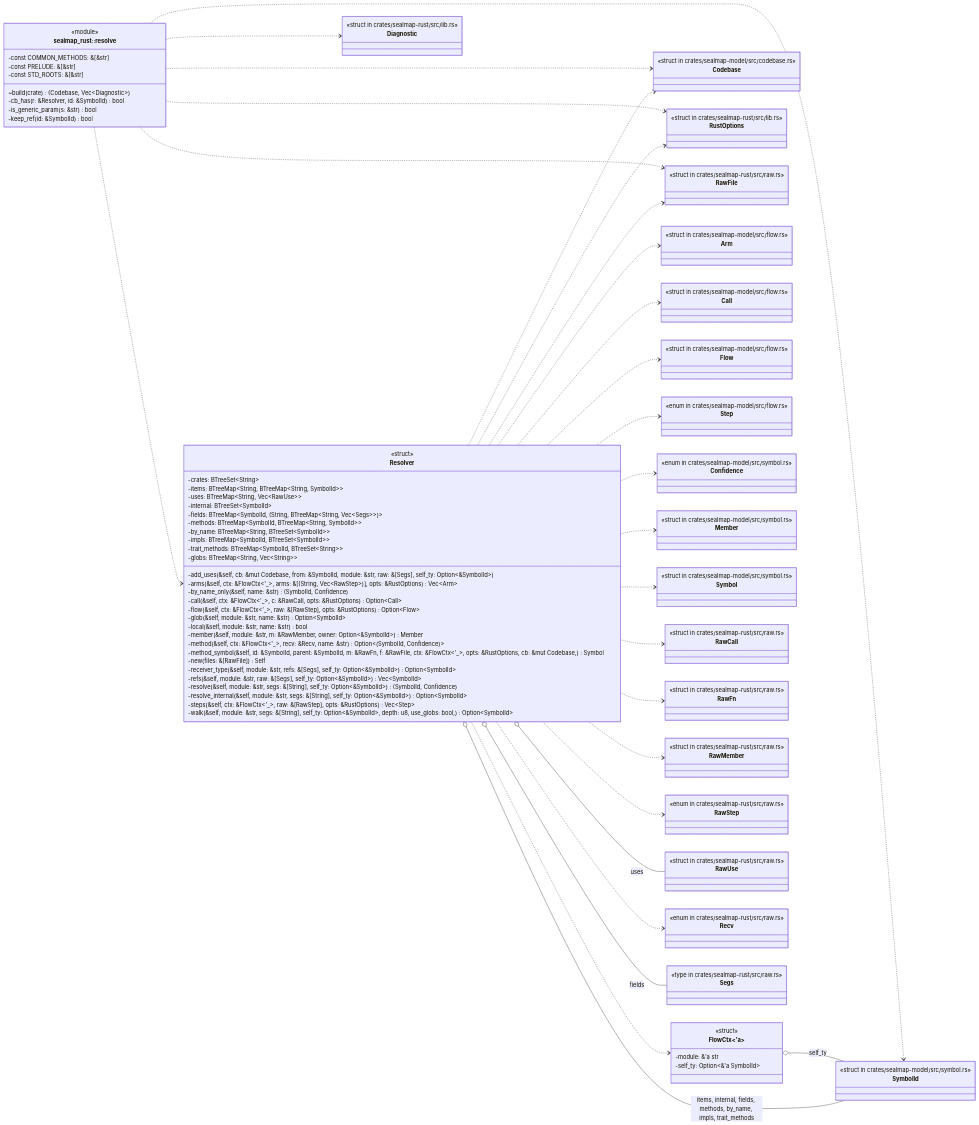
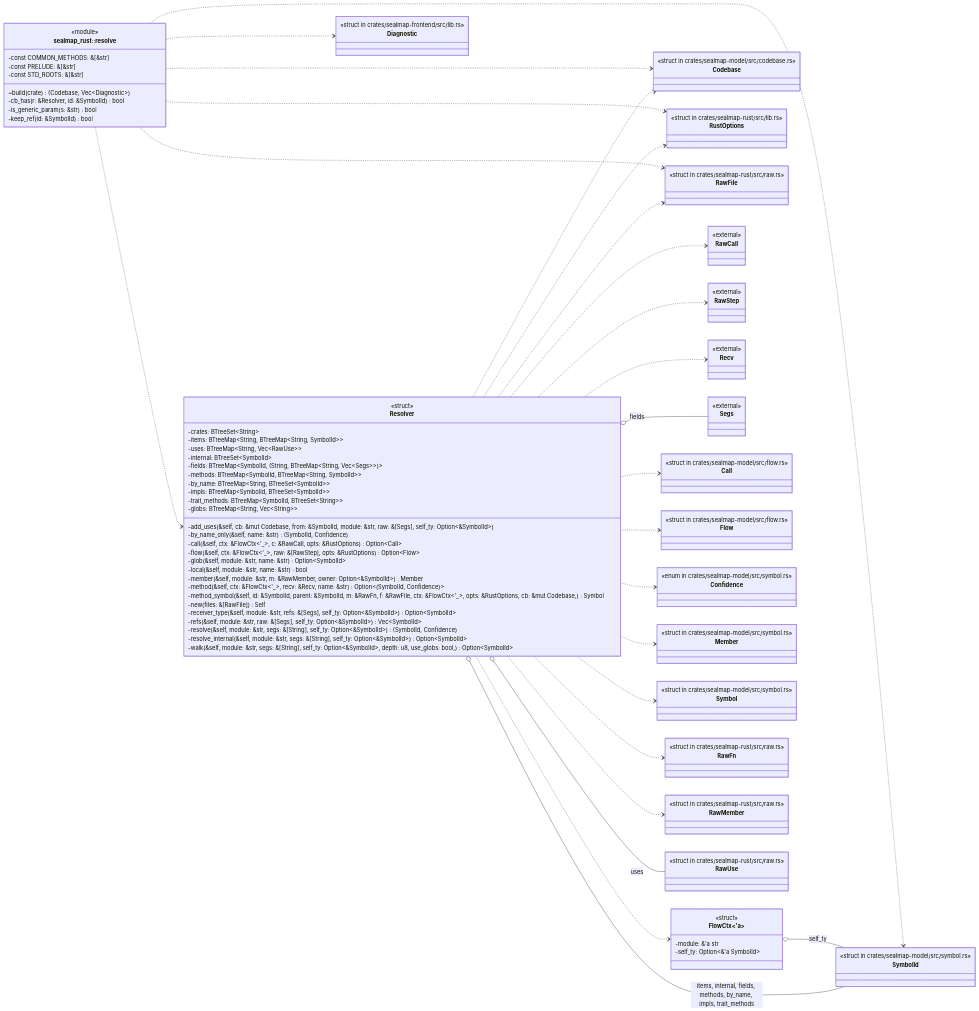
Before and after one commit to DreamLab-AI/codemaid: the first of 16 diagrams in docs/sealmap/crates/sealmap-rust/src/resolve.rs.md, drawn with Mermaid. The commit also changed other lines of this file and 37 other files, not shown here.

First line of the commit message:
frontend: extract sealmap-frontend from sealmap-rust

````diff
--- a/docs/sealmap/crates/sealmap-rust/src/resolve.rs.md
+++ b/docs/sealmap/crates/sealmap-rust/src/resolve.rs.md
@@ -32,7 +32,6 @@
     -trait_methods: BTreeMap#lt;SymbolId, BTreeSet#lt;String#gt;#gt;
     -globs: BTreeMap#lt;String, Vec#lt;String#gt;#gt;
     -add_uses(&self, cb: &mut Codebase, from: &SymbolId, module: &str, raw: &[Segs], self_ty: Option#lt;&SymbolId#gt;)
-    -arms(&self, ctx: &FlowCtx#lt;'_#gt;, arms: &[#40;String, Vec#lt;RawStep#gt;#41;], opts: &RustOptions) Vec#lt;Arm#gt;
     -by_name_only(&self, name: &str) #40;SymbolId, Confidence#41;
     -call(&self, ctx: &FlowCtx#lt;'_#gt;, c: &RawCall, opts: &RustOptions) Option#lt;Call#gt;
     -flow(&self, ctx: &FlowCtx#lt;'_#gt;, raw: &[RawStep], opts: &RustOptions) Option#lt;Flow#gt;
@@ -46,7 +45,6 @@
     -refs(&self, module: &str, raw: &[Segs], self_ty: Option#lt;&SymbolId#gt;) Vec#lt;SymbolId#gt;
     -resolve(&self, module: &str, segs: &[String], self_ty: Option#lt;&SymbolId#gt;) #40;SymbolId, Confidence#41;
     -resolve_internal(&self, module: &str, segs: &[String], self_ty: Option#lt;&SymbolId#gt;) Option#lt;SymbolId#gt;
-    -steps(&self, ctx: &FlowCtx#lt;'_#gt;, raw: &[RawStep], opts: &RustOptions) Vec#lt;Step#gt;
     -walk(&self, module: &str, segs: &[String], self_ty: Option#lt;&SymbolId#gt;, depth: u8, use_globs: bool,) Option#lt;SymbolId#gt;
   }
   class sealmap_rust__resolve["sealmap_rust::resolve"] {
@@ -59,14 +57,14 @@
     -is_generic_param(s: &str) bool
     -keep_ref(id: &SymbolId) bool
   }
+  class sealmap_frontend__Diagnostic["Diagnostic"] {
+    <<struct in crates/sealmap-frontend/src/lib.rs>>
+  }
   class sealmap_model__codebase__Codebase["Codebase"] {
     <<struct in crates/sealmap-model/src/codebase.rs>>
   }
   class sealmap_model__symbol__SymbolId["SymbolId"] {
     <<struct in crates/sealmap-model/src/symbol.rs>>
-  }
-  class sealmap_rust__Diagnostic["Diagnostic"] {
-    <<struct in crates/sealmap-rust/src/lib.rs>>
   }
   class sealmap_rust__RustOptions["RustOptions"] {
     <<struct in crates/sealmap-rust/src/lib.rs>>
@@ -74,17 +72,23 @@
   class sealmap_rust__raw__RawFile["RawFile"] {
     <<struct in crates/sealmap-rust/src/raw.rs>>
   }
-  class sealmap_model__flow__Arm["Arm"] {
-    <<struct in crates/sealmap-model/src/flow.rs>>
+  class RawCall {
+    <<external>>
+  }
+  class RawStep {
+    <<external>>
+  }
+  class Recv {
+    <<external>>
+  }
+  class Segs {
+    <<external>>
   }
   class sealmap_model__flow__Call["Call"] {
     <<struct in crates/sealmap-model/src/flow.rs>>
   }
   class sealmap_model__flow__Flow["Flow"] {
     <<struct in crates/sealmap-model/src/flow.rs>>
-  }
-  class sealmap_model__flow__Step["Step"] {
-    <<enum in crates/sealmap-model/src/flow.rs>>
   }
   class sealmap_model__symbol__Confidence["Confidence"] {
     <<enum in crates/sealmap-model/src/symbol.rs>>
@@ -95,51 +99,37 @@
   class sealmap_model__symbol__Symbol["Symbol"] {
     <<struct in crates/sealmap-model/src/symbol.rs>>
   }
-  class sealmap_rust__raw__RawCall["RawCall"] {
-    <<struct in crates/sealmap-rust/src/raw.rs>>
-  }
   class sealmap_rust__raw__RawFn["RawFn"] {
     <<struct in crates/sealmap-rust/src/raw.rs>>
   }
   class sealmap_rust__raw__RawMember["RawMember"] {
     <<struct in crates/sealmap-rust/src/raw.rs>>
   }
-  class sealmap_rust__raw__RawStep["RawStep"] {
-    <<enum in crates/sealmap-rust/src/raw.rs>>
-  }
   class sealmap_rust__raw__RawUse["RawUse"] {
     <<struct in crates/sealmap-rust/src/raw.rs>>
   }
-  class sealmap_rust__raw__Recv["Recv"] {
-    <<enum in crates/sealmap-rust/src/raw.rs>>
-  }
-  class sealmap_rust__raw__Segs["Segs"] {
-    <<type in crates/sealmap-rust/src/raw.rs>>
-  }
+  sealmap_rust__resolve ..> sealmap_frontend__Diagnostic
   sealmap_rust__resolve ..> sealmap_model__codebase__Codebase
   sealmap_rust__resolve ..> sealmap_model__symbol__SymbolId
-  sealmap_rust__resolve ..> sealmap_rust__Diagnostic
   sealmap_rust__resolve ..> sealmap_rust__RustOptions
   sealmap_rust__resolve ..> sealmap_rust__raw__RawFile
   sealmap_rust__resolve ..> sealmap_rust__resolve__Resolver
   sealmap_rust__resolve__FlowCtx o-- sealmap_model__symbol__SymbolId : self_ty
+  sealmap_rust__resolve__Resolver ..> RawCall
+  sealmap_rust__resolve__Resolver ..> RawStep
+  sealmap_rust__resolve__Resolver ..> Recv
+  sealmap_rust__resolve__Resolver o-- Segs : fields
   sealmap_rust__resolve__Resolver ..> sealmap_model__codebase__Codebase
-  sealmap_rust__resolve__Resolver ..> sealmap_model__flow__Arm
   sealmap_rust__resolve__Resolver ..> sealmap_model__flow__Call
   sealmap_rust__resolve__Resolver ..> sealmap_model__flow__Flow
-  sealmap_rust__resolve__Resolver ..> sealmap_model__flow__Step
   sealmap_rust__resolve__Resolver ..> sealmap_model__symbol__Confidence
   sealmap_rust__resolve__Resolver ..> sealmap_model__symbol__Member
   sealmap_rust__resolve__Resolver ..> sealmap_model__symbol__Symbol
   sealmap_rust__resolve__Resolver o-- sealmap_model__symbol__SymbolId : items, internal, fields, methods, by_name, impls, trait_methods
   sealmap_rust__resolve__Resolver ..> sealmap_rust__RustOptions
-  sealmap_rust__resolve__Resolver ..> sealmap_rust__raw__RawCall
   sealmap_rust__resolve__Resolver ..> sealmap_rust__raw__RawFile
   sealmap_rust__resolve__Resolver ..> sealmap_rust__raw__RawFn
   sealmap_rust__resolve__Resolver ..> sealmap_rust__raw__RawMember
-  sealmap_rust__resolve__Resolver ..> sealmap_rust__raw__RawStep
   sealmap_rust__resolve__Resolver o-- sealmap_rust__raw__RawUse : uses
-  sealmap_rust__resolve__Resolver ..> sealmap_rust__raw__Recv
-  sealmap_rust__resolve__Resolver o-- sealmap_rust__raw__Segs : fields
   sealmap_rust__resolve__Resolver ..> sealmap_rust__resolve__FlowCtx
 ```
````
